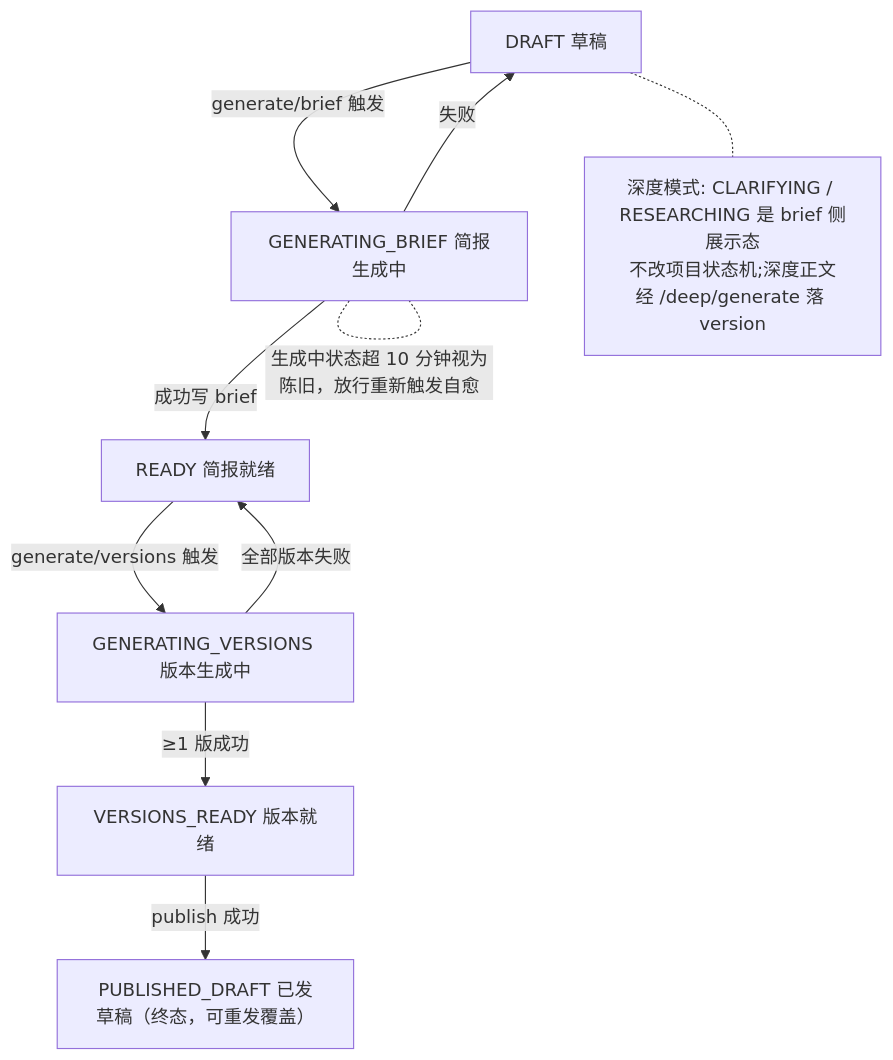
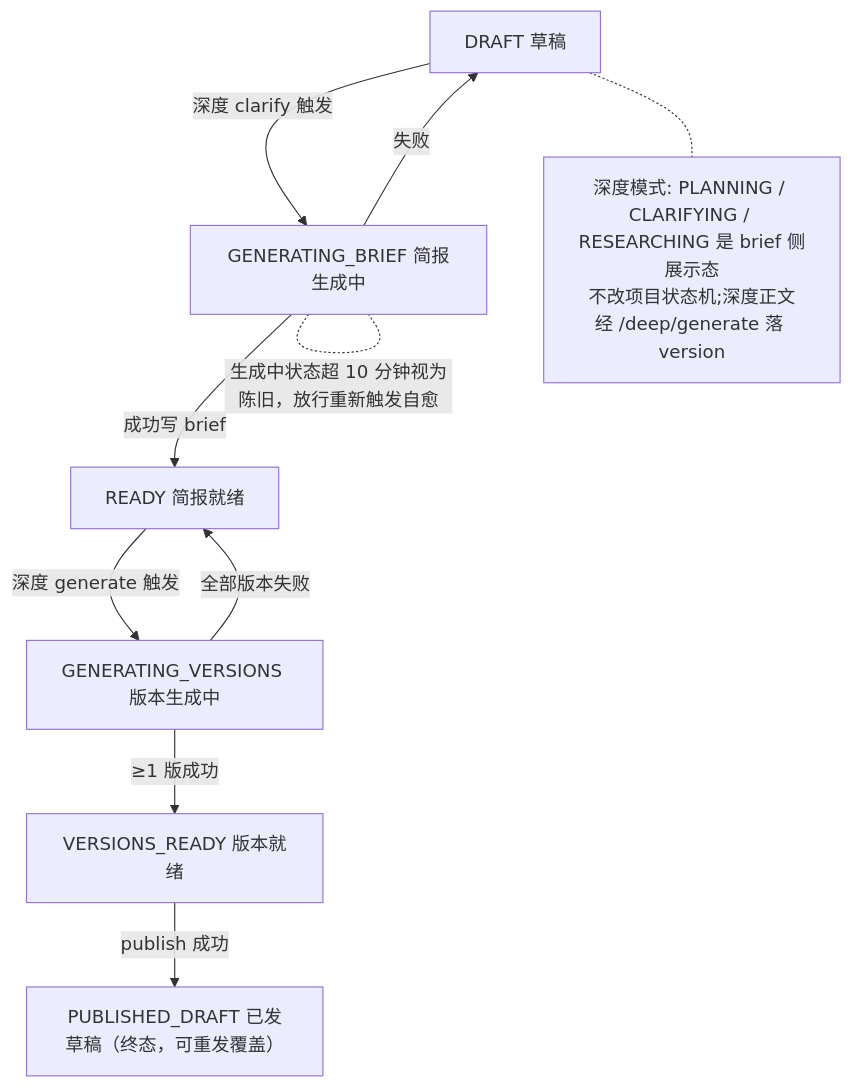
The second of 2 diagrams in docs/article-generation-flow.md (openshell/sparkora), drawn with Mermaid before and after one commit. The commit also changed other lines of this file and 33 other files, not shown here.

````diff
--- a/docs/article-generation-flow.md
+++ b/docs/article-generation-flow.md
@@ -66,13 +54,13 @@
 ```mermaid
 graph TD
-    DRAFT["DRAFT 草稿"] -->|"generate/brief 触发"| GB["GENERATING_BRIEF 简报生成中"]
+    DRAFT["DRAFT 草稿"] -->|"深度 clarify 触发"| GB["GENERATING_BRIEF 简报生成中"]
     GB -->|"成功写 brief"| READY["READY 简报就绪"]
     GB -->|"失败"| DRAFT
-    READY -->|"generate/versions 触发"| GV["GENERATING_VERSIONS 版本生成中"]
+    READY -->|"深度 generate 触发"| GV["GENERATING_VERSIONS 版本生成中"]
     GV -->|"≥1 版成功"| VR["VERSIONS_READY 版本就绪"]
     GV -->|"全部版本失败"| READY
     VR -->|"publish 成功"| PD["PUBLISHED_DRAFT 已发草稿（终态，可重发覆盖）"]
     GB -.生成中状态超 10 分钟视为陈旧，放行重新触发自愈.- GB
-    NOTE["深度模式: CLARIFYING / RESEARCHING 是 brief 侧展示态<br/>不改项目状态机;深度正文经 /deep/generate 落 version"]
+    NOTE["深度模式: PLANNING / CLARIFYING / RESEARCHING 是 brief 侧展示态<br/>不改项目状态机;深度正文经 /deep/generate 落 version"]
     DRAFT -.- NOTE
 ```
````
